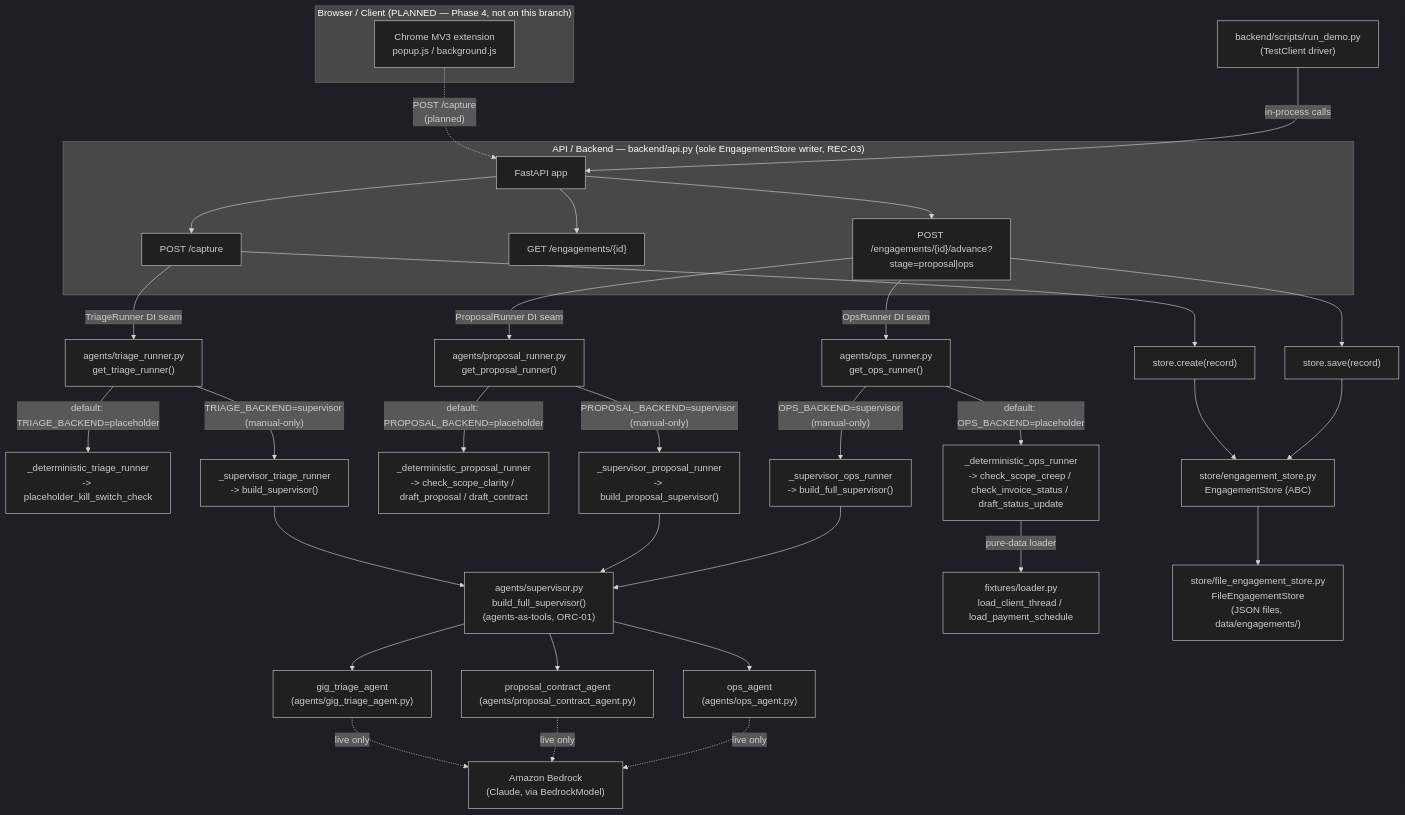
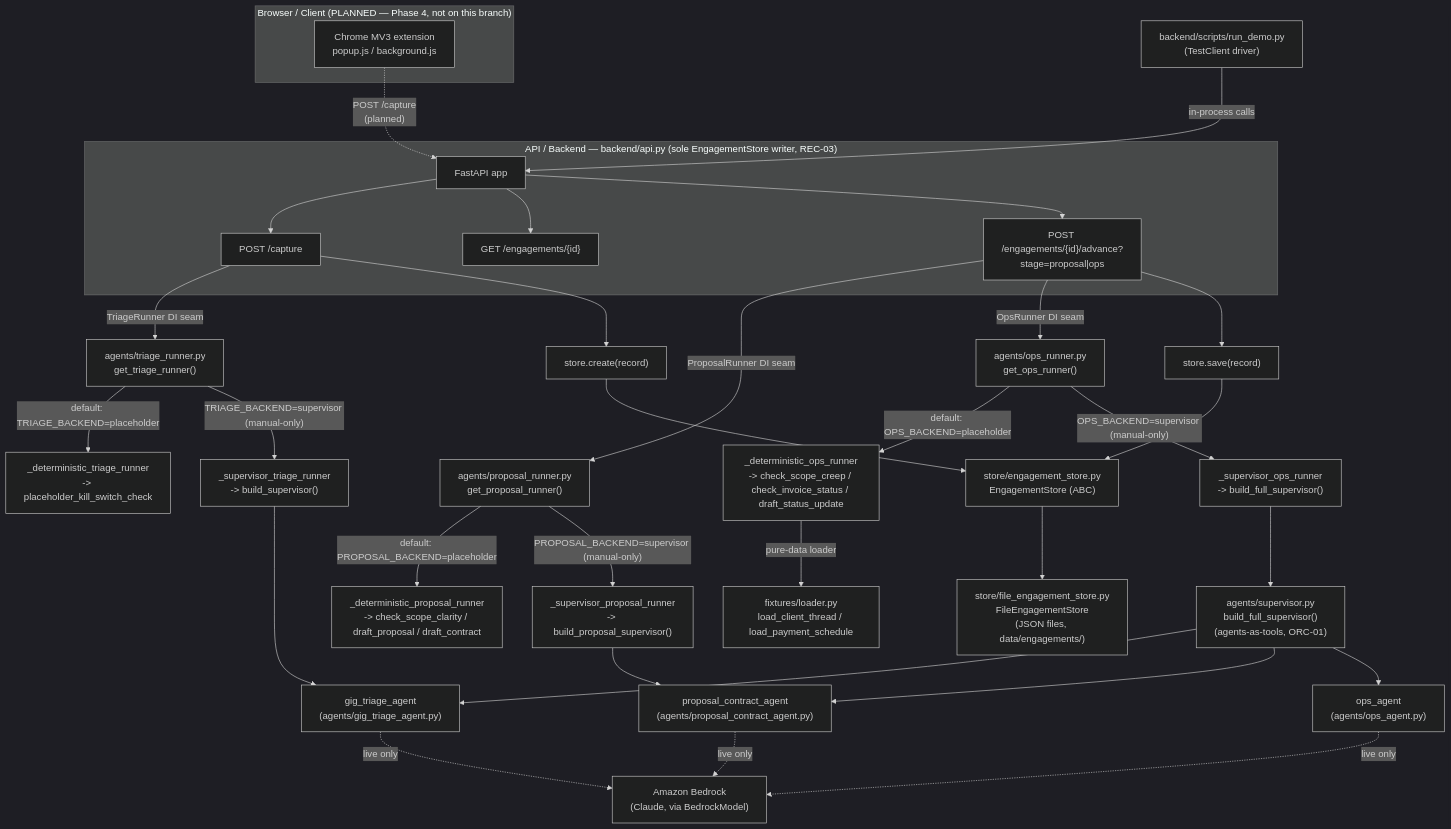
The diagram in docs/architecture.md (adexdsamson/Freelance-Autopilot), drawn with Mermaid (dark theme) before and after one commit. The commit also changed other lines of this file and 1 other file, not shown here.

Commit message:
fix(07): CR-01/IN-03 correct invented supervisor convergence in docs
Split the architecture Mermaid diagram so sup_triage/sup_prop point only
at their own specialist and never into full_sup, matching the real
object graph (three separate stage-scoped Supervisor builders; only
build_full_supervisor is fed by the ops runner). Reword demo-script.md
Beat 4 to drop the inaccurate "four distinct agent invocations for the
same pipeline" claim.

Claude-Session: https://claude.ai/code/session_01VBe4DzzvWXFXVkfcr7vApv

````diff
--- a/docs/architecture.md
+++ b/docs/architecture.md
@@ -9,52 +9,52 @@
 ```mermaid
 flowchart TD
     subgraph client_tier["Browser / Client (PLANNED — Phase 4, not on this branch)"]
         ext["Chrome MV3 extension<br/>popup.js / background.js"]
     end
     ext -.->|"POST /capture<br/>(planned)"| api
 
     demo["backend/scripts/run_demo.py<br/>(TestClient driver)"] -->|"in-process calls"| api
 
     subgraph api_tier["API / Backend — backend/api.py (sole EngagementStore writer, REC-03)"]
         api["FastAPI app"]
         cap["POST /capture"]
         getE["GET /engagements/{id}"]
         adv["POST /engagements/{id}/advance?stage=proposal|ops"]
         api --> cap
         api --> getE
         api --> adv
     end
 
     cap -->|"TriageRunner DI seam"| triage_runner["agents/triage_runner.py<br/>get_triage_runner()"]
     adv -->|"ProposalRunner DI seam"| proposal_runner["agents/proposal_runner.py<br/>get_proposal_runner()"]
     adv -->|"OpsRunner DI seam"| ops_runner["agents/ops_runner.py<br/>get_ops_runner()"]
 
     triage_runner -->|"default: TRIAGE_BACKEND=placeholder"| det_triage["_deterministic_triage_runner<br/>-> placeholder_kill_switch_check"]
     triage_runner -->|"TRIAGE_BACKEND=supervisor (manual-only)"| sup_triage["_supervisor_triage_runner<br/>-> build_supervisor()"]
 
     proposal_runner -->|"default: PROPOSAL_BACKEND=placeholder"| det_prop["_deterministic_proposal_runner<br/>-> check_scope_clarity / draft_proposal / draft_contract"]
     proposal_runner -->|"PROPOSAL_BACKEND=supervisor (manual-only)"| sup_prop["_supervisor_proposal_runner<br/>-> build_proposal_supervisor()"]
 
     ops_runner -->|"default: OPS_BACKEND=placeholder"| det_ops["_deterministic_ops_runner<br/>-> check_scope_creep / check_invoice_status / draft_status_update"]
     ops_runner -->|"OPS_BACKEND=supervisor (manual-only)"| sup_ops["_supervisor_ops_runner<br/>-> build_full_supervisor()"]
 
-    sup_triage --> full_sup
-    sup_prop --> full_sup
+    sup_triage --> triage_agent["gig_triage_agent<br/>(agents/gig_triage_agent.py)"]
+    sup_prop --> prop_agent["proposal_contract_agent<br/>(agents/proposal_contract_agent.py)"]
+
     sup_ops --> full_sup["agents/supervisor.py<br/>build_full_supervisor()<br/>(agents-as-tools, ORC-01)"]
-
-    full_sup --> triage_agent["gig_triage_agent<br/>(agents/gig_triage_agent.py)"]
-    full_sup --> prop_agent["proposal_contract_agent<br/>(agents/proposal_contract_agent.py)"]
+    full_sup --> triage_agent
+    full_sup --> prop_agent
     full_sup --> ops_agent["ops_agent<br/>(agents/ops_agent.py)"]
 
     triage_agent -.->|"live only"| bedrock["Amazon Bedrock<br/>(Claude, via BedrockModel)"]
     prop_agent -.->|"live only"| bedrock
     ops_agent -.->|"live only"| bedrock
 
     det_ops -->|"pure-data loader"| fixtures["fixtures/loader.py<br/>load_client_thread / load_payment_schedule"]
 
     cap --> store_write["store.create(record)"]
     adv --> store_write2["store.save(record)"]
     store_write --> store["store/engagement_store.py<br/>EngagementStore (ABC)"]
     store_write2 --> store
     store --> file_store["store/file_engagement_store.py<br/>FileEngagementStore<br/>(JSON files, data/engagements/)"]
 ```
````
